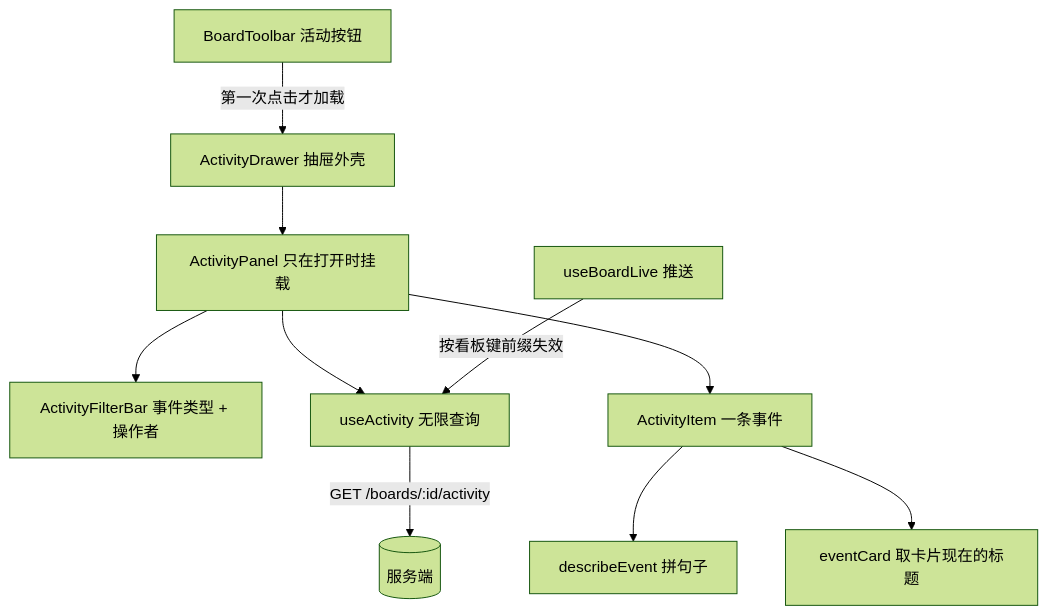
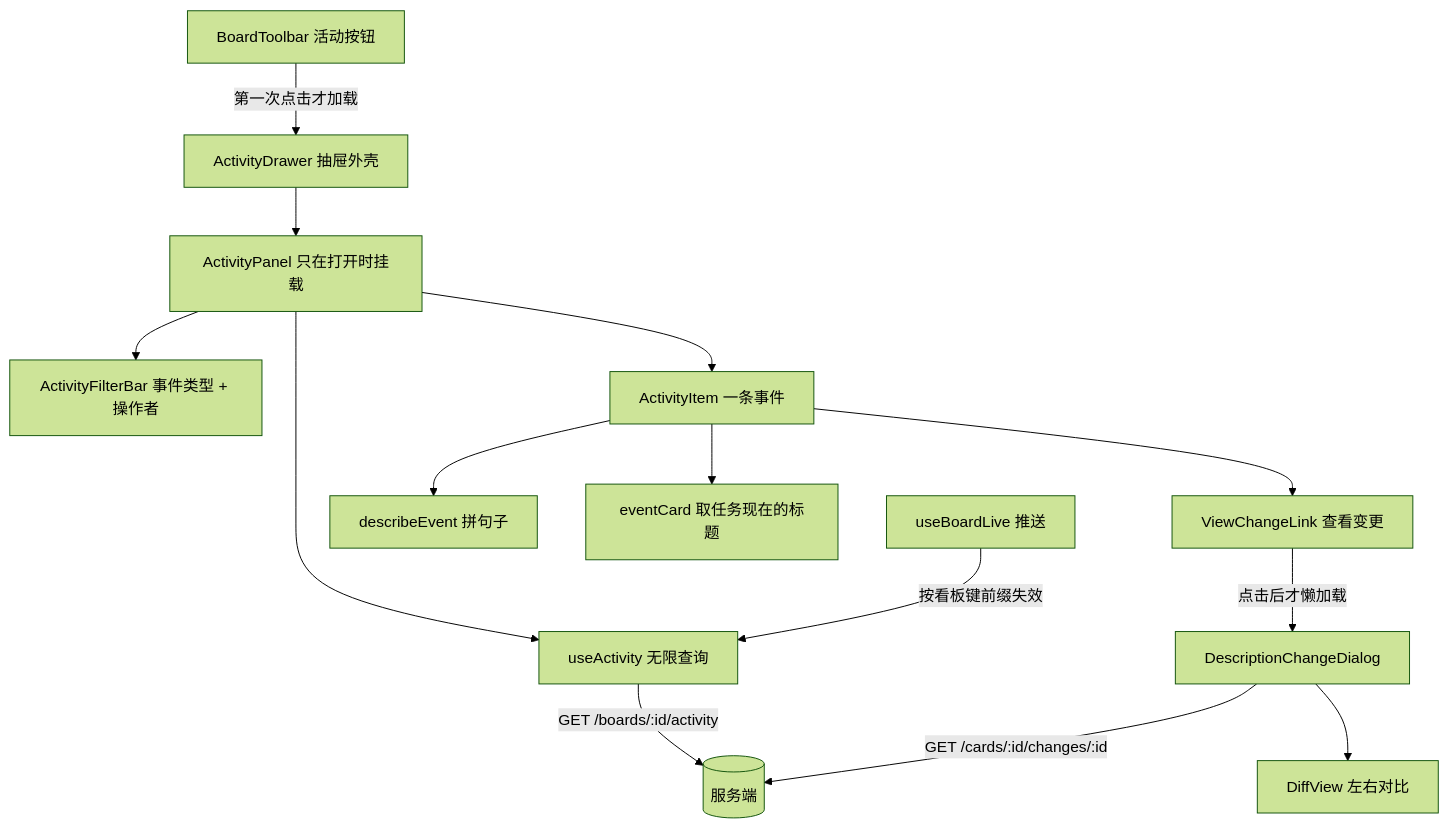
The diagram in .cursor/scopes/web.activity.md (ixugo/slate-kanban), drawn with Mermaid (forest theme) before and after one commit. The commit also changed other lines of this file and 49 other files, not shown here.

````diff
--- a/.cursor/scopes/web.activity.md
+++ b/.cursor/scopes/web.activity.md
@@ -26,12 +27,16 @@
 ```mermaid
 flowchart TD
     A[BoardToolbar 活动按钮] -->|第一次点击才加载| B[ActivityDrawer 抽屉外壳]
     B --> C[ActivityPanel 只在打开时挂载]
     C --> D[ActivityFilterBar 事件类型 + 操作者]
     C --> E[useActivity 无限查询]
     E -->|GET /boards/:id/activity| F[(服务端)]
     C --> G[ActivityItem 一条事件]
     G --> H[describeEvent 拼句子]
-    G --> I[eventCard 取卡片现在的标题]
+    G --> I[eventCard 取任务现在的标题]
+    G --> K[ViewChangeLink 查看变更]
+    K -->|点击后才懒加载| L[DescriptionChangeDialog]
+    L -->|GET /cards/:id/changes/:id| F
+    L --> M[DiffView 左右对比]
     J[useBoardLive 推送] -->|按看板键前缀失效| E
 ```
````
